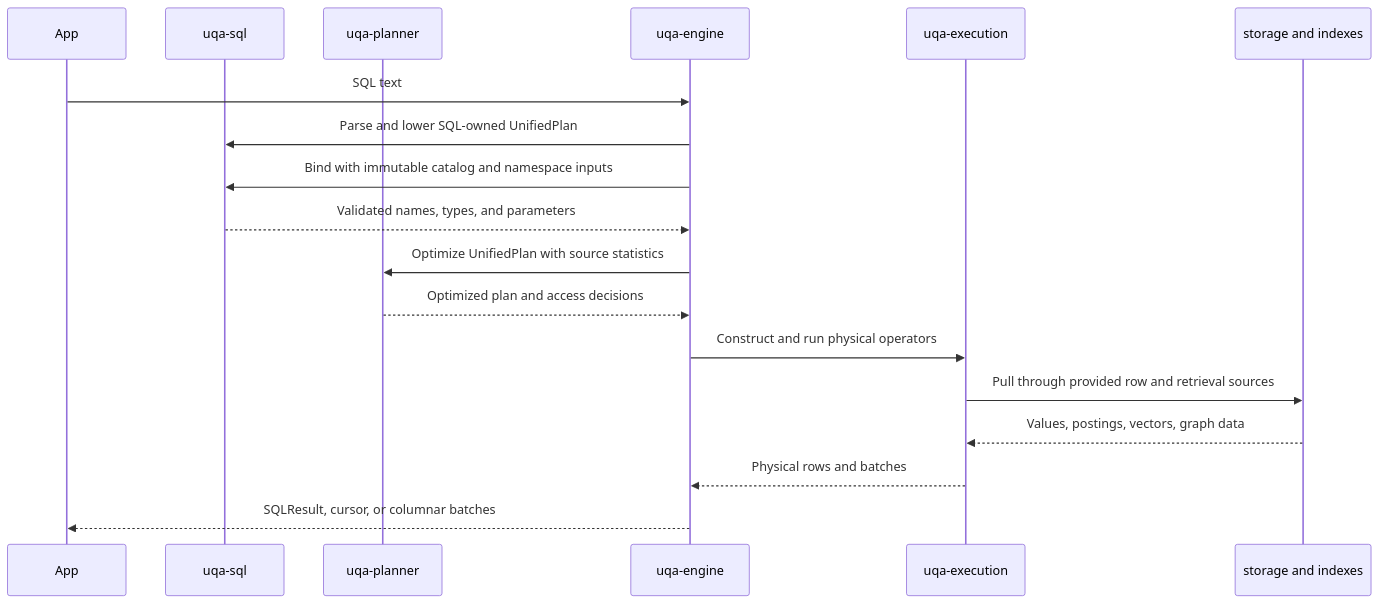
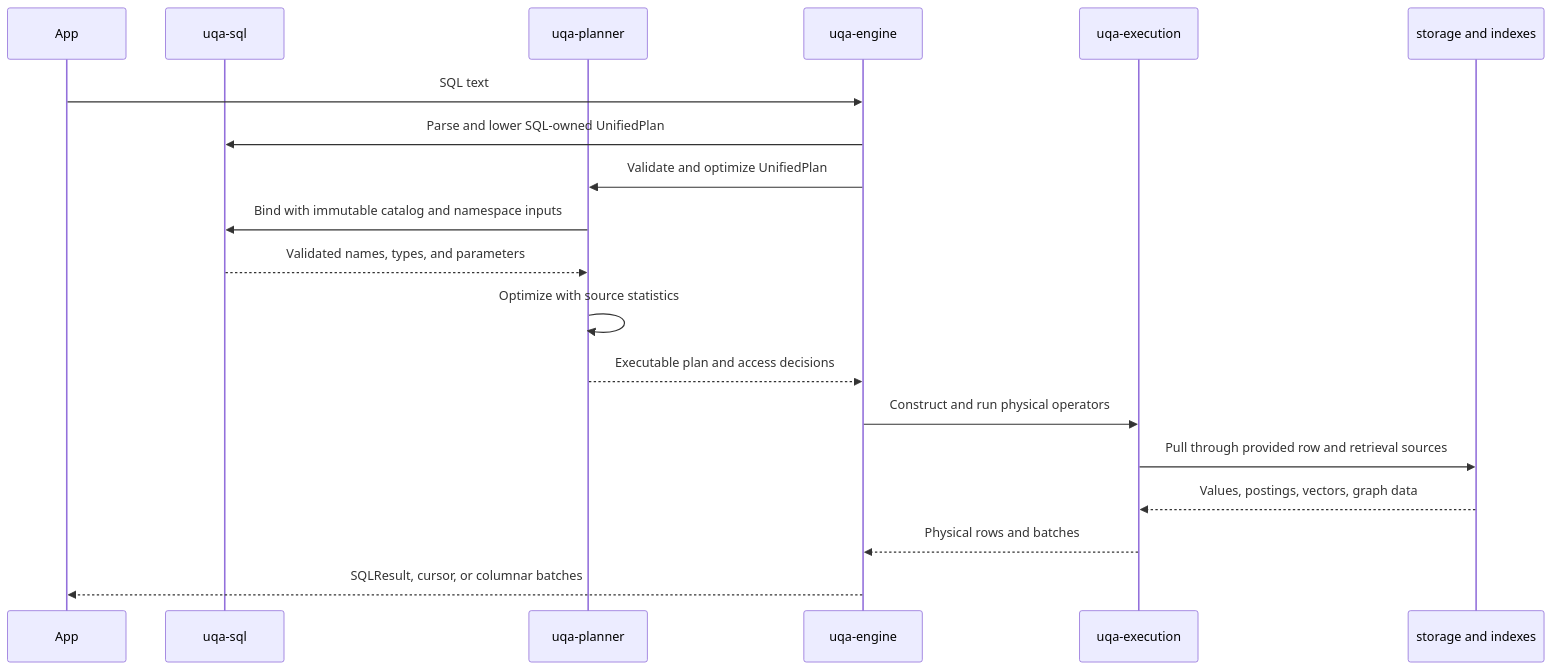
The first of 2 diagrams in docs/manual/internals/02-planning-and-execution.md (cognica-io/uqa-engine), drawn with Mermaid before and after one commit. The commit also changed other lines of this file and 34 other files, not shown here.

Commit message:
Move executable statement analysis and planning out of Engine

````diff
--- a/docs/manual/internals/02-planning-and-execution.md
+++ b/docs/manual/internals/02-planning-and-execution.md
@@ -7,20 +9,21 @@
 ```mermaid
 sequenceDiagram
     participant App
     participant SQL as uqa-sql
     participant Planner as uqa-planner
     participant Engine as uqa-engine
     participant Exec as uqa-execution
     participant Store as storage and indexes
     App->>Engine: SQL text
     Engine->>SQL: Parse and lower SQL-owned UnifiedPlan
-    Engine->>SQL: Bind with immutable catalog and namespace inputs
-    SQL-->>Engine: Validated names, types, and parameters
-    Engine->>Planner: Optimize UnifiedPlan with source statistics
-    Planner-->>Engine: Optimized plan and access decisions
+    Engine->>Planner: Validate and optimize UnifiedPlan
+    Planner->>SQL: Bind with immutable catalog and namespace inputs
+    SQL-->>Planner: Validated names, types, and parameters
+    Planner->>Planner: Optimize with source statistics
+    Planner-->>Engine: Executable plan and access decisions
     Engine->>Exec: Construct and run physical operators
     Exec->>Store: Pull through provided row and retrieval sources
     Store-->>Exec: Values, postings, vectors, graph data
     Exec-->>Engine: Physical rows and batches
     Engine-->>App: SQLResult, cursor, or columnar batches
 ```
````
